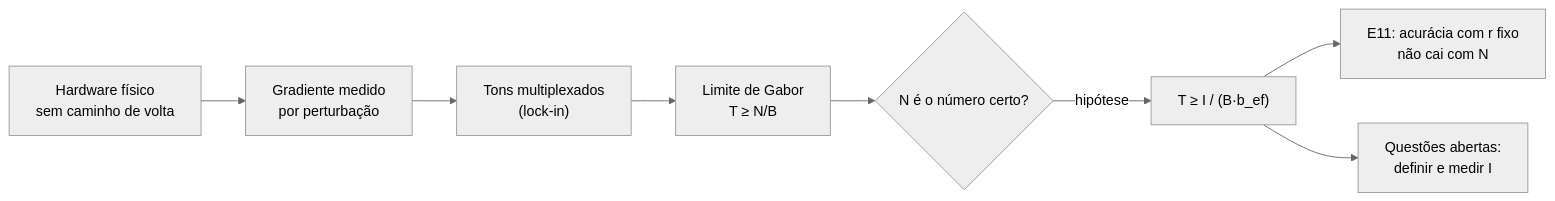
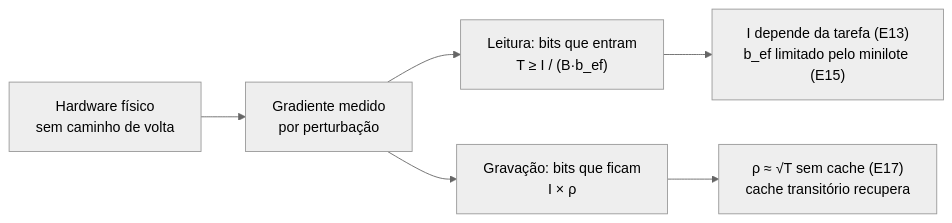
Before and after one commit to matheuscbs/quantcomput: the first of 2 diagrams in README.md, drawn with Mermaid (neutral theme). The commit also changed other lines of this file and 12 other files, not shown here.

````diff
--- a/README.md
+++ b/README.md
@@ -21,10 +34,8 @@
 ```mermaid
 flowchart LR
     A["Hardware físico<br/>sem caminho de volta"] --> B["Gradiente medido<br/>por perturbação"]
-    B --> C["Tons multiplexados<br/>(lock-in)"]
-    C --> D["Limite de Gabor<br/>T ≥ N/B"]
-    D --> E{"N é o número certo?"}
-    E -- "hipótese" --> F["T ≥ I / (B·b_ef)"]
-    F --> G["E11: acurácia com r fixo<br/>não cai com N"]
-    F --> H["Questões abertas:<br/>definir e medir I"]
+    B --> C["Leitura: bits que entram<br/>T ≥ I / (B·b_ef)"]
+    B --> D["Gravação: bits que ficam<br/>I × ρ"]
+    C --> E["I depende da tarefa (E13)<br/>b_ef limitado pelo minilote (E15)"]
+    D --> F["ρ ≈ √T sem cache (E17)<br/>cache transitório recupera"]
 ```
````
